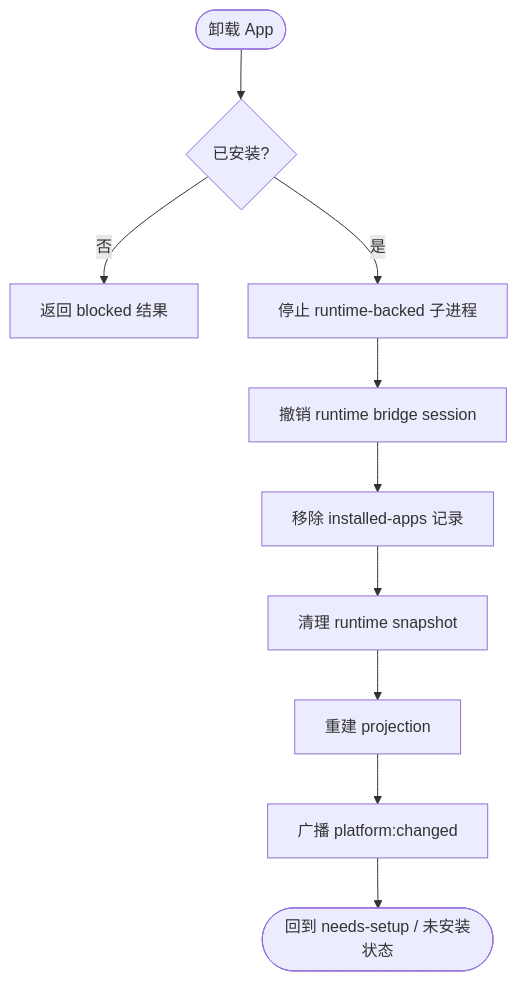
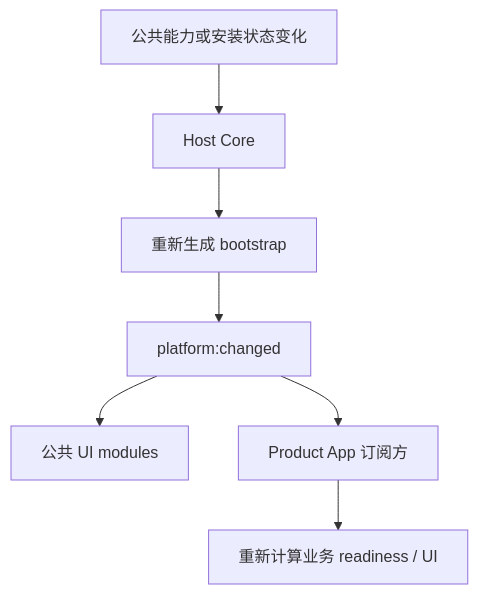
One commit to limecloud/lime-desktop-platform changed diagram 15 of 20 in docs/v1/architecture-diagrams.md. Above: the diagram before and after it, drawn with Mermaid. The commit also changed other lines of this file and 85 other files, not shown here.

````diff
--- a/docs/v1/architecture-diagrams.md
+++ b/docs/v1/architecture-diagrams.md
@@ -232,12 +390,9 @@
 ```mermaid
 flowchart TD
-  Start([卸载 App]) --> Installed{已安装?}
-  Installed -- 否 --> Blocked[返回 blocked 结果]
-  Installed -- 是 --> Stop[停止 runtime-backed 子进程]
-  Stop --> Revoke[撤销 runtime bridge session]
-  Revoke --> RemoveRecord[移除 installed-apps 记录]
-  RemoveRecord --> RemoveSnapshot[清理 runtime snapshot]
-  RemoveSnapshot --> Project[重建 projection]
-  Project --> Changed[广播 platform:changed]
-  Changed --> End([回到 needs-setup / 未安装状态])
+  Change[公共能力或安装状态变化] --> Core[Host Core]
+  Core --> Bootstrap[重新生成 bootstrap]
+  Bootstrap --> Event[platform:changed]
+  Event --> PlatformUI[公共 UI modules]
+  Event --> ProductApp[Product App 订阅方]
+  ProductApp --> Recalc[重新计算业务 readiness / UI]
 ```
````
